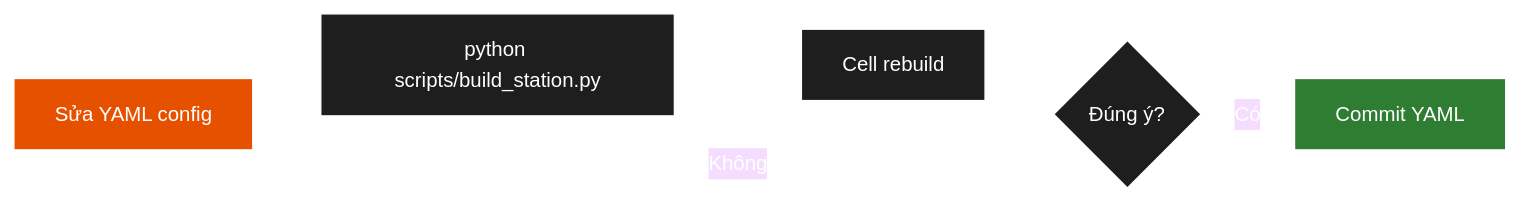
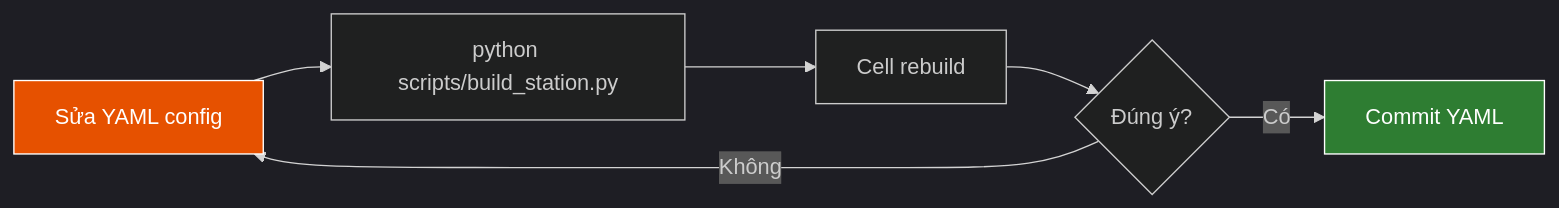
The second of 2 diagrams in docs/Phu_luc_A_README_HD.md (manhhv87/DTwinGP7), drawn with Mermaid before and after one commit. The commit also changed other lines of this file and 37 other files, not shown here.

````diff
--- a/docs/Phu_luc_A_README_HD.md
+++ b/docs/Phu_luc_A_README_HD.md
@@ -228,12 +237,12 @@
 ```mermaid
-%%{init: {'theme':'base', 'themeVariables': {'fontSize':'15px','primaryTextColor':'#fff','primaryBorderColor':'#fff','lineColor':'#fff','background':'#1e1e1e','mainBkg':'#1e1e1e'}}}%%
+%%{init: {'theme':'dark'}}%%
 flowchart LR
     A[Sửa YAML config] --> B[python scripts/build_station.py]
     B --> C[Cell rebuild]
     C --> D{Đúng ý?}
     D -->|Không| A
     D -->|Có| E[Commit YAML]
 
     style A fill:#E65100,stroke:#fff,color:#fff
     style E fill:#2E7D32,stroke:#fff,color:#fff
 ```
````
